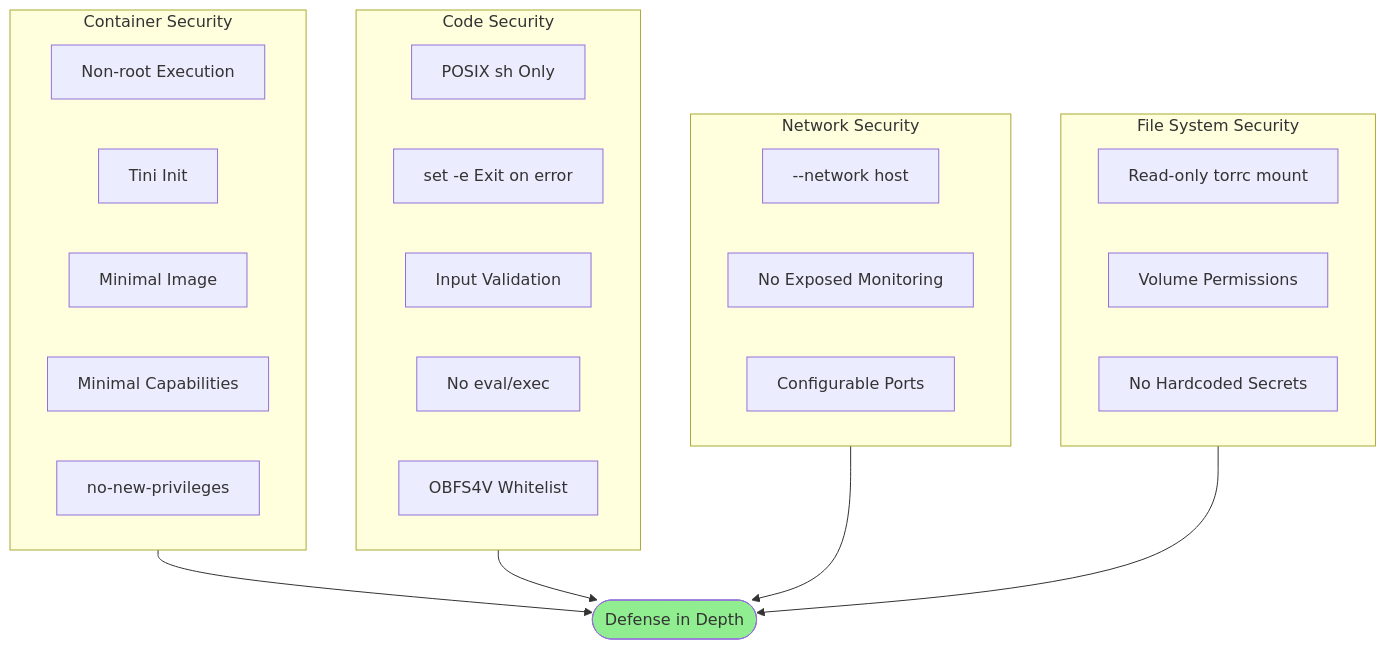
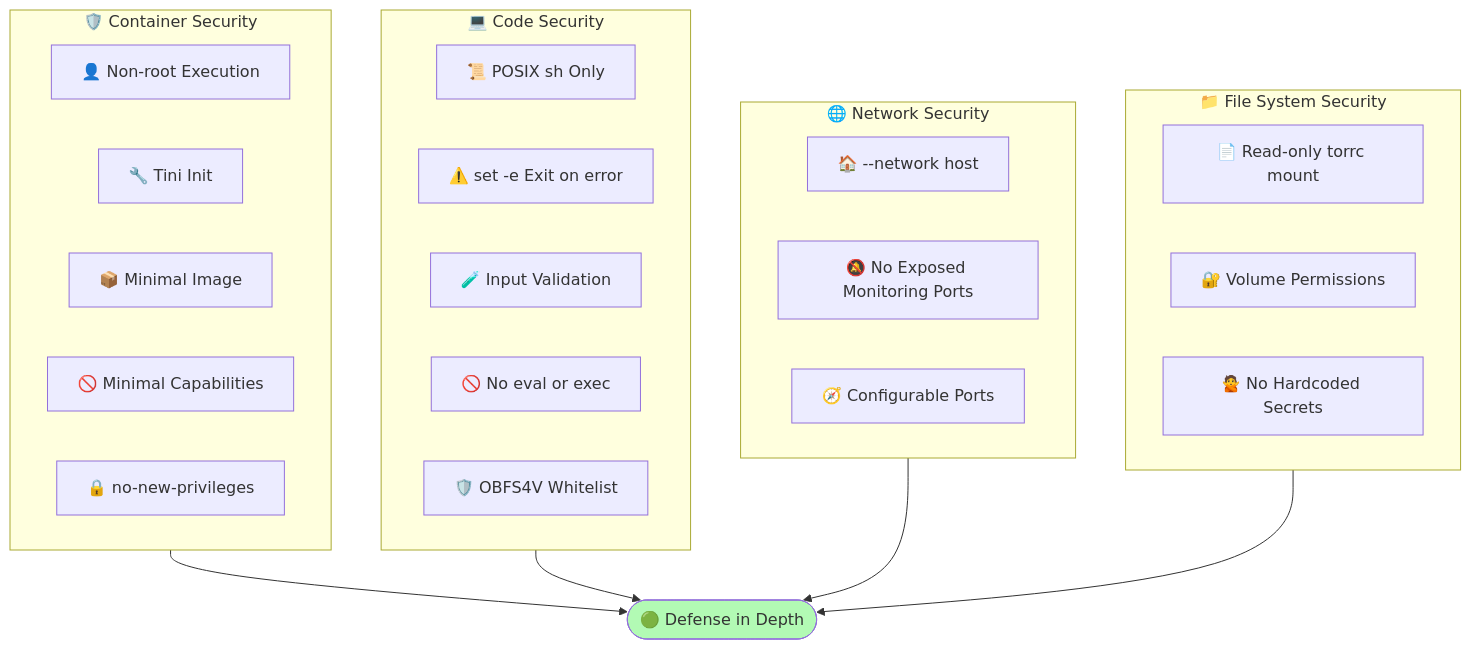
Before and after one commit to r3bo0tbx1/tor-guard-relay: the tenth of 13 diagrams in docs/ARCHITECTURE.md, drawn with Mermaid. The commit also changed other lines of this file and 1 other file, not shown here.

First line of the commit message:
📝 docs(v1.1.1): Refresh diagrams and update image size

````diff
--- a/docs/ARCHITECTURE.md
+++ b/docs/ARCHITECTURE.md
@@ -592,37 +615,37 @@
 ```mermaid
 flowchart TD
-    subgraph Container["Container Security"]
-        NonRoot[Non-root Execution]
-        Tini[Tini Init]
-        Minimal[Minimal Image]
-        NoCaps[Minimal Capabilities]
-        NoPriv[no-new-privileges]
+    subgraph Container["🛡️ Container Security"]
+        NonRoot[👤 Non-root Execution]
+        Tini[🔧 Tini Init]
+        Minimal[📦 Minimal Image]
+        NoCaps[🚫 Minimal Capabilities]
+        NoPriv[🔒 no-new-privileges]
     end
 
-    subgraph CodeSec["Code Security"]
-        POSIX[POSIX sh Only]
-        SetE[set -e Exit on error]
-        Validation[Input Validation]
-        NoEval[No eval/exec]
-        Whitelist[OBFS4V Whitelist]
+    subgraph CodeSec["💻 Code Security"]
+        POSIX[📜 POSIX sh Only]
+        SetE[⚠️ set -e Exit on error]
+        Validation[🧪 Input Validation]
+        NoEval[🚫 No eval or exec]
+        Whitelist[🛡️ OBFS4V Whitelist]
     end
 
-    subgraph NetworkSec["Network Security"]
-        HostNet[--network host]
-        NoPorts[No Exposed Monitoring]
-        Configurable[Configurable Ports]
+    subgraph NetworkSec["🌐 Network Security"]
+        HostNet[🏠 --network host]
+        NoPorts[🔕 No Exposed Monitoring Ports]
+        Configurable[🧭 Configurable Ports]
     end
 
-    subgraph FileSec["File System Security"]
-        ReadOnly[Read-only torrc mount]
-        VolPerms[Volume Permissions]
-        NoSecrets[No Hardcoded Secrets]
+    subgraph FileSec["📁 File System Security"]
+        ReadOnly[📄 Read-only torrc mount]
+        VolPerms[🔐 Volume Permissions]
+        NoSecrets[🙅 No Hardcoded Secrets]
     end
 
-    Container --> Secure([Defense in Depth])
+    Container --> Secure([🟢 Defense in Depth])
     CodeSec --> Secure
     NetworkSec --> Secure
     FileSec --> Secure
 
-    style Secure fill:#90EE90
+    style Secure fill:#b2fab4
 ```
````
